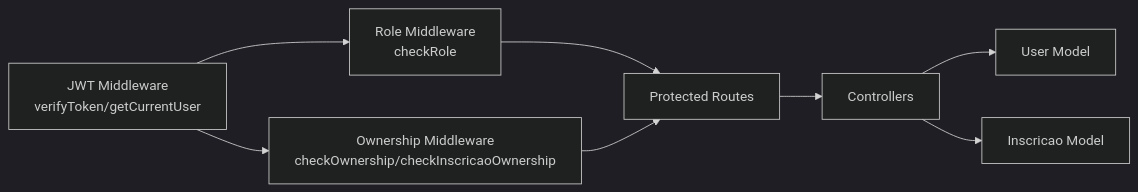
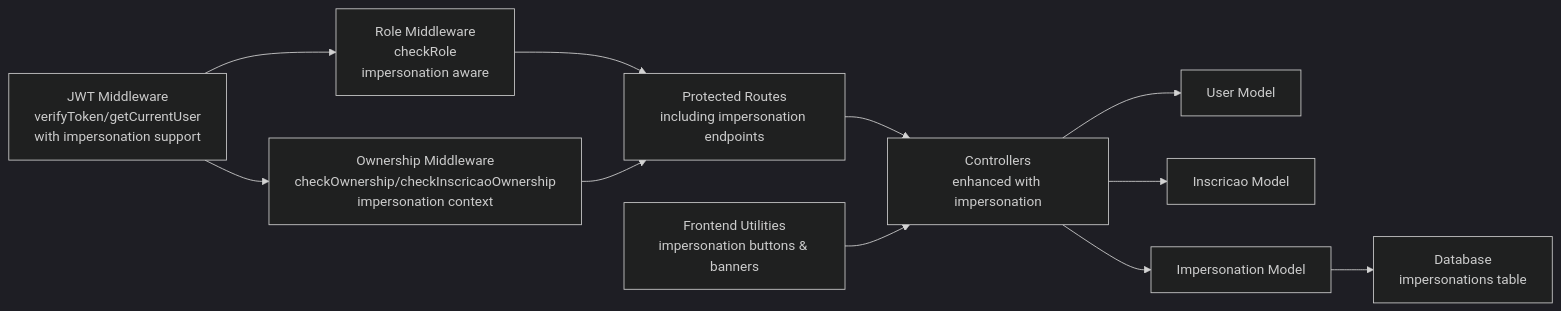
Before and after one commit to luiseduacosta/nodemural: the fourth of 4 diagrams in .qoder/repowiki/en/content/Authentication & Authorization System/Role-Based Access Control (RBAC).md, drawn with Mermaid (dark theme). The commit also changed other lines of this file and 16 other files, not shown here.

````diff
--- a/.qoder/repowiki/en/content/Authentication & Authorization System/Role-Based Access Control (RBAC).md
+++ b/.qoder/repowiki/en/content/Authentication & Authorization System/Role-Based Access Control (RBAC).md
@@ -320,10 +436,13 @@
 ```mermaid
 graph LR
-JWT["JWT Middleware<br/>verifyToken/getCurrentUser"] --> RM["Role Middleware<br/>checkRole"]
-JWT --> OM["Ownership Middleware<br/>checkOwnership/checkInscricaoOwnership"]
-RM --> Routes["Protected Routes"]
+JWT["JWT Middleware<br/>verifyToken/getCurrentUser<br/>with impersonation support"] --> RM["Role Middleware<br/>checkRole<br/>impersonation aware"]
+JWT --> OM["Ownership Middleware<br/>checkOwnership/checkInscricaoOwnership<br/>impersonation context"]
+RM --> Routes["Protected Routes<br/>including impersonation endpoints"]
 OM --> Routes
-Routes --> Controllers["Controllers"]
+Routes --> Controllers["Controllers<br/>enhanced with impersonation"]
 Controllers --> UserModel["User Model"]
 Controllers --> InscModel["Inscricao Model"]
+Controllers --> ImpModel["Impersonation Model"]
+ImpModel --> DB["Database<br/>impersonations table"]
+Frontend["Frontend Utilities<br/>impersonation buttons & banners"] --> Controllers
 ```
````
